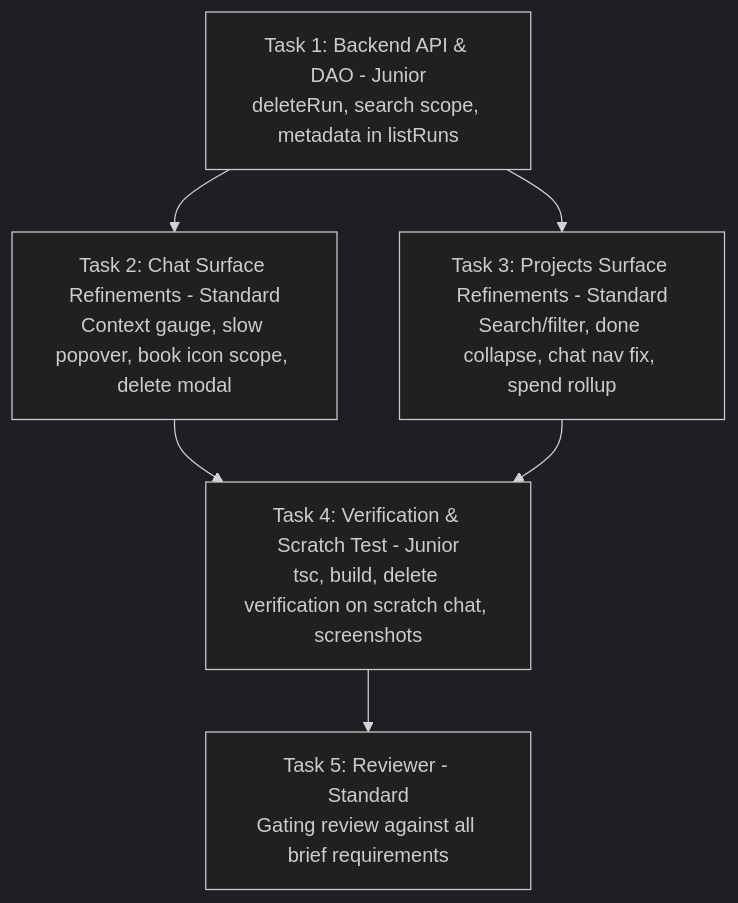
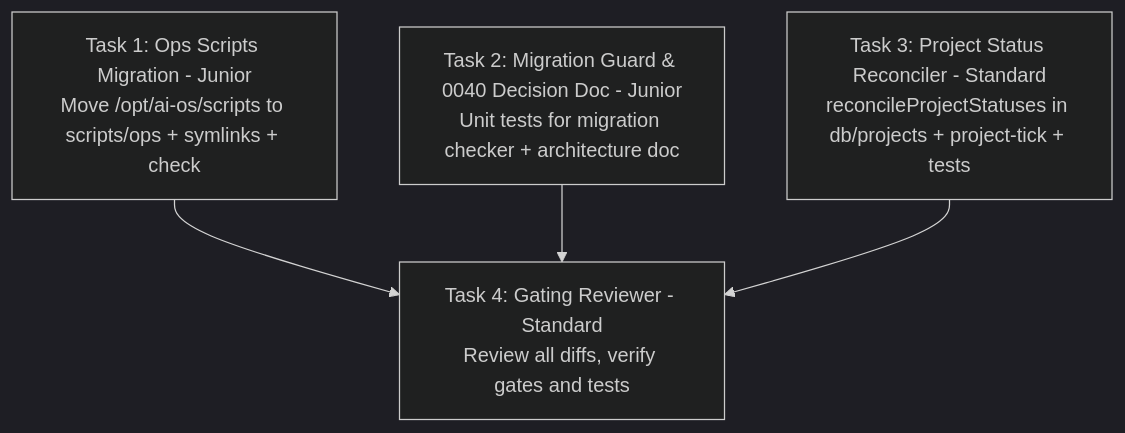
The diagram in PLAN.md (konradschrein-star/AI-Operating-System), drawn with Mermaid (dark theme) before and after one commit. The commit also changed other lines of this file and 4 other files, not shown here.

First line of the commit message:
project status reconciler: auto-close stale blocked projects, surface paused/active disagreements

````diff
--- a/PLAN.md
+++ b/PLAN.md
@@ -74,8 +76,6 @@
 ```mermaid
 graph TD
-    T1[Task 1: Backend API & DAO - Junior<br/>deleteRun, search scope, metadata in listRuns] --> T2[Task 2: Chat Surface Refinements - Standard<br/>Context gauge, slow popover, book icon scope, delete modal]
-    T1 --> T3[Task 3: Projects Surface Refinements - Standard<br/>Search/filter, done collapse, chat nav fix, spend rollup]
-    T2 --> T4[Task 4: Verification & Scratch Test - Junior<br/>tsc, build, delete verification on scratch chat, screenshots]
-    T3 --> T4
-    T4 --> T5[Task 5: Reviewer - Standard<br/>Gating review against all brief requirements]
+    T1[Task 1: Ops Scripts Migration - Junior<br/>Move /opt/ai-os/scripts to scripts/ops + symlinks + check] --> T4[Task 4: Gating Reviewer - Standard<br/>Review all diffs, verify gates and tests]
+    T2[Task 2: Migration Guard & 0040 Decision Doc - Junior<br/>Unit tests for migration checker + architecture doc] --> T4
+    T3[Task 3: Project Status Reconciler - Standard<br/>reconcileProjectStatuses in db/projects + project-tick + tests] --> T4
 ```
````
